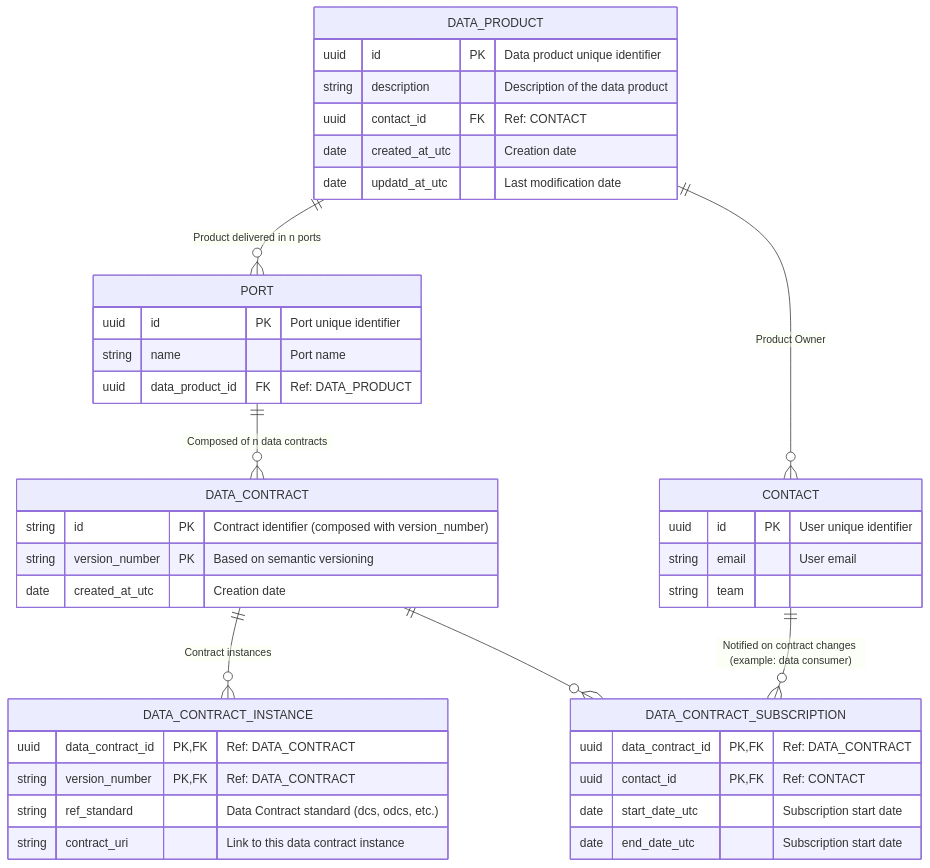
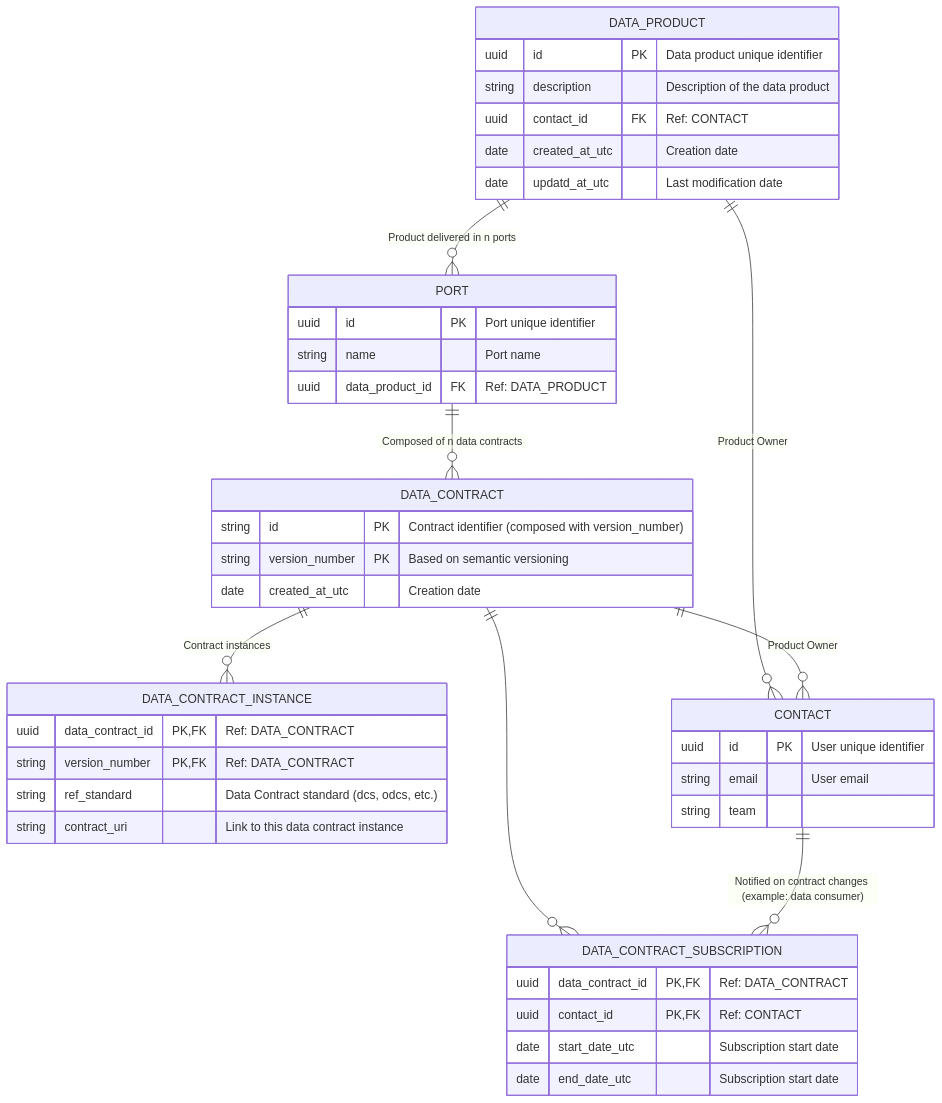
The diagram in docs/relational_model.md (monmaya/base-impl), drawn with Mermaid before and after one commit.

````diff
--- a/docs/relational_model.md
+++ b/docs/relational_model.md
@@ -5,53 +5,54 @@
 ```mermaid
 
 erDiagram
 
     DATA_PRODUCT {
         uuid id PK "Data product unique identifier"
         string description "Description of the data product"
         uuid contact_id FK "Ref: CONTACT"
         date created_at_utc "Creation date"
         date updatd_at_utc "Last modification date"
     }
 
     PORT {
         uuid id PK "Port unique identifier"
         string name "Port name"
         uuid data_product_id FK "Ref: DATA_PRODUCT"
     }
 
     DATA_CONTRACT {
         string id PK "Contract identifier (composed with version_number)"
         string version_number PK "Based on semantic versioning"
         date created_at_utc "Creation date"
     }
 
     DATA_CONTRACT_INSTANCE {
         uuid data_contract_id PK, FK "Ref: DATA_CONTRACT"
         string version_number PK, FK "Ref: DATA_CONTRACT"
         string ref_standard "Data Contract standard (dcs, odcs, etc.)"
         string contract_uri "Link to this data contract instance"
     }
     
     DATA_CONTRACT_SUBSCRIPTION {
         uuid data_contract_id PK, FK "Ref: DATA_CONTRACT"
         uuid contact_id PK, FK "Ref: CONTACT"
         date start_date_utc "Subscription start date"
         date end_date_utc "Subscription start date"
     }
 
     CONTACT {
         uuid id PK "User unique identifier"
         string email "User email"
         string team
     }
 
     DATA_PRODUCT ||--o{ PORT : "Product delivered in n ports"
     DATA_PRODUCT ||--o{ CONTACT : "Product Owner"
     PORT ||--o{ DATA_CONTRACT : "Composed of n data contracts"
     DATA_CONTRACT ||--o{ DATA_CONTRACT_INSTANCE : "Contract instances"
+    DATA_CONTRACT ||--o{ CONTACT : "Product Owner"
     DATA_CONTRACT ||--o{ DATA_CONTRACT_SUBSCRIPTION : ""
     CONTACT ||--o{ DATA_CONTRACT_SUBSCRIPTION : "Notified on contract changes (example: data consumer)"
 
 
   ```
````
